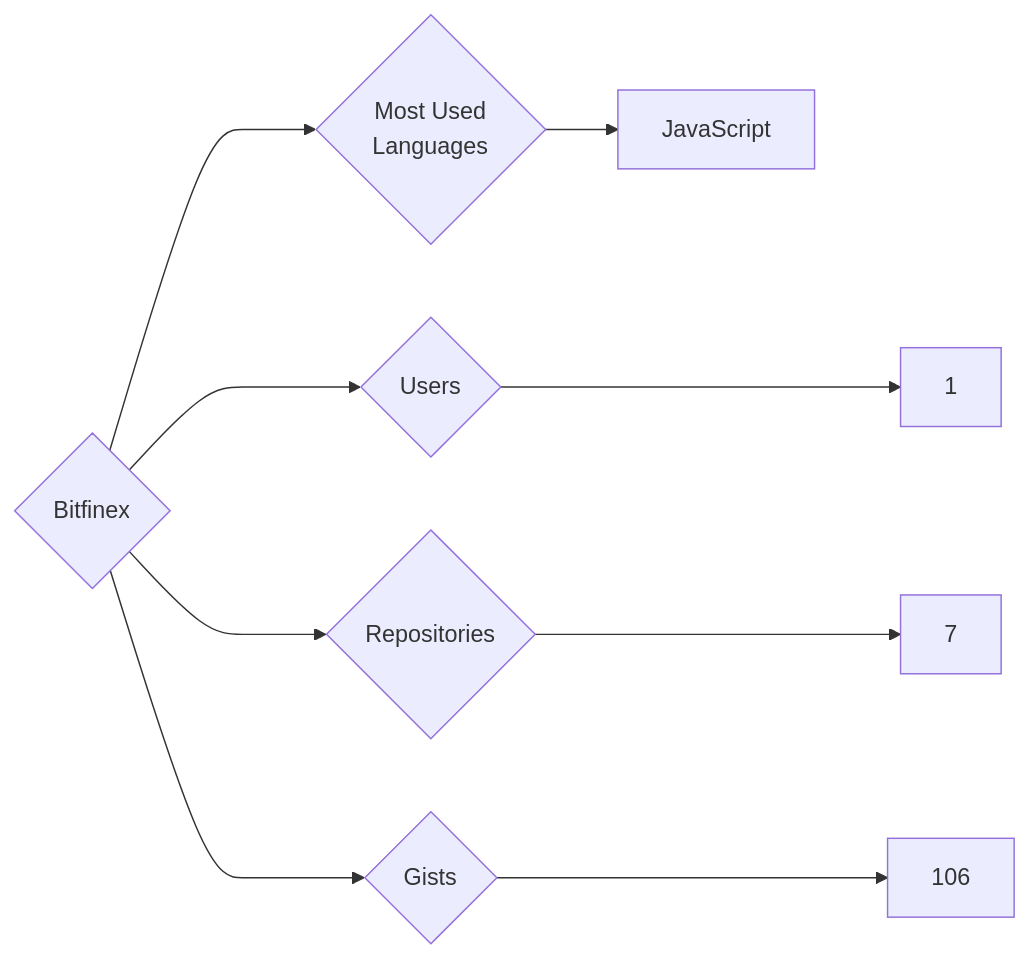
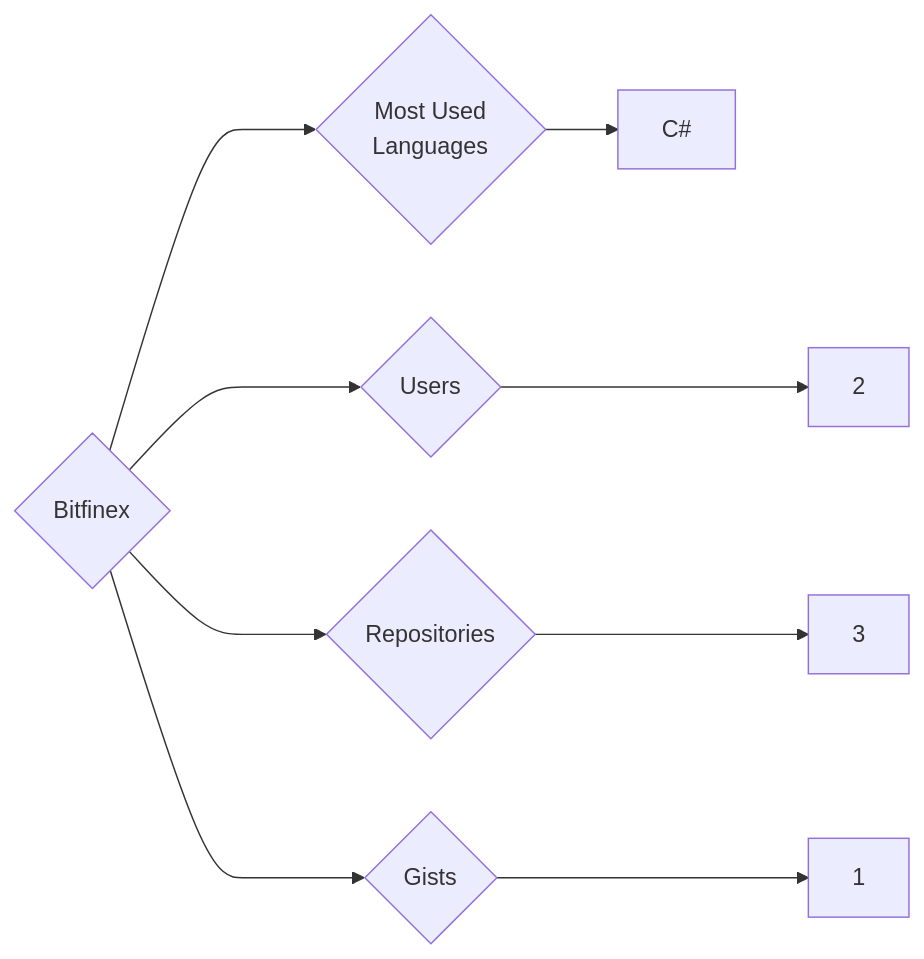
The diagram in targets/Bitfinex/README.md (trickest/insiders), drawn with Mermaid before and after one commit. The commit also changed 859 other files, not shown here.

````diff
--- a/targets/Bitfinex/README.md
+++ b/targets/Bitfinex/README.md
@@ -3,9 +3,9 @@
 ```mermaid
 graph LR
 COMPANY_NAME{Bitfinex}
-COMPANY_NAME ---> U{Users} ---> UN[1]
-COMPANY_NAME ---> R{Repositories} ---> RN[7]
-COMPANY_NAME ---> G{Gists} ---> GN[106]
+COMPANY_NAME ---> U{Users} ---> UN[2]
+COMPANY_NAME ---> R{Repositories} ---> RN[3]
+COMPANY_NAME ---> G{Gists} ---> GN[1]
 COMPANY_NAME ---> ML{Most Used<br>Languages}
-ML --> JavaScript[JavaScript]
+ML --> C#[C#]
 ```
````
